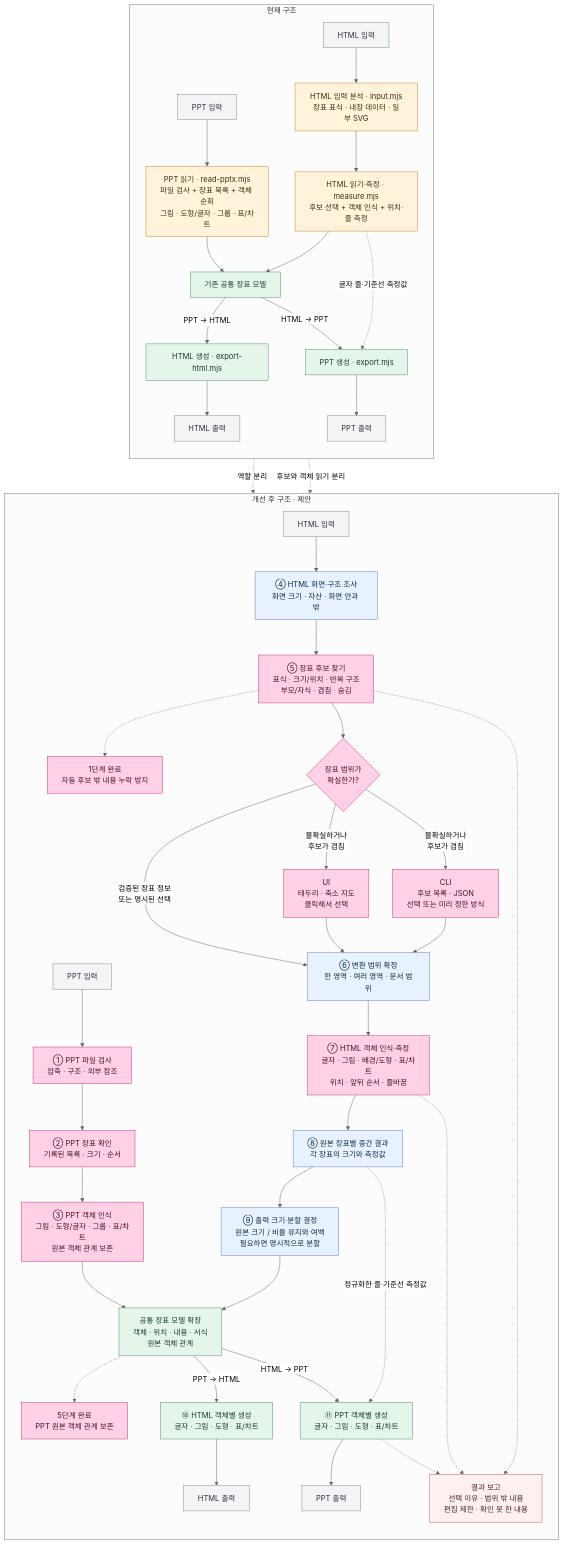
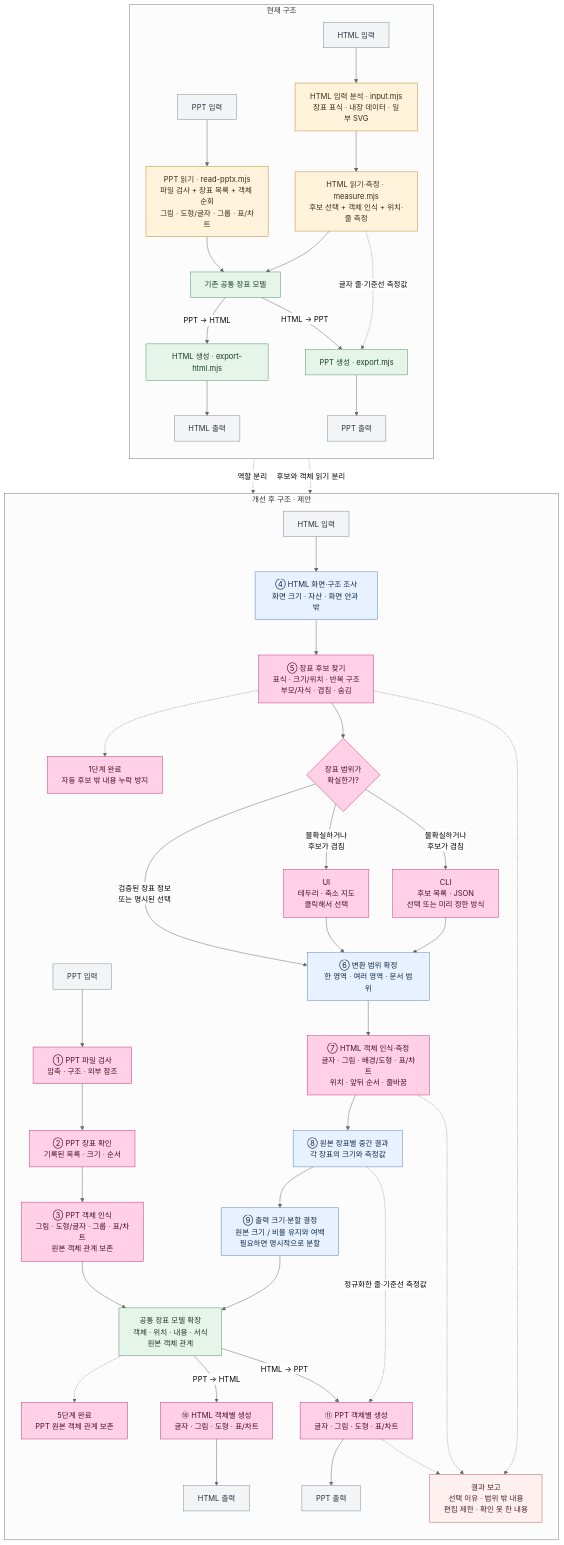
One commit to Kyuhan1230/ppt-again changed the diagram in docs/architecture/refactor-progress.md. Above: the diagram before and after it, drawn with Mermaid (neutral theme). The commit also changed other lines of this file and 9 other files, not shown here.

````diff
--- a/docs/architecture/refactor-progress.md
+++ b/docs/architecture/refactor-progress.md
@@ -5,62 +5,62 @@
 ```mermaid
 flowchart TB
   subgraph CURRENT["현재 구조"]
     direction TB
     CP["PPT 입력"] --> CPR["PPT 읽기 · read-pptx.mjs<br/>파일 검사 + 장표 목록 + 객체 순회<br/>그림 · 도형/글자 · 그룹 · 표/차트"]
     CH["HTML 입력"] --> CHI["HTML 입력 분석 · input.mjs<br/>장표 표식 · 내장 데이터 · 일부 SVG"]
     CHI --> CHM["HTML 읽기·측정 · measure.mjs<br/>후보 선택 + 객체 인식 + 위치·줄 측정"]
     CPR --> CM["기존 공통 장표 모델"]
     CHM --> CM
     CM -->|"PPT → HTML"| CHW["HTML 생성 · export-html.mjs"]
     CHW --> CHO["HTML 출력"]
     CM -->|"HTML → PPT"| CPW["PPT 생성 · export.mjs"]
     CHM -.->|"글자 줄·기준선 측정값"| CPW
     CPW --> CPO["PPT 출력"]
   end
 
   subgraph PROPOSED["개선 후 구조 · 제안"]
     direction TB
     NP["PPT 입력"] --> NPC["① PPT 파일 검사<br/>압축 · 구조 · 외부 참조"]
     NPC --> NPS["② PPT 장표 확인<br/>기록된 목록 · 크기 · 순서"]
     NPS --> NPO["③ PPT 객체 인식<br/>그림 · 도형/글자 · 그룹 · 표/차트<br/>원본 객체 관계 보존"]
     NH["HTML 입력"] --> NHR["④ HTML 화면·구조 조사<br/>화면 크기 · 자산 · 화면 안과 밖"]
     NHR --> NHC["⑤ 장표 후보 찾기<br/>표식 · 크기/위치 · 반복 구조<br/>부모/자식 · 겹침 · 숨김"]
     NHC -.-> ST1["1단계 완료<br/>자동 후보 밖 내용 누락 방지"]
     NHC --> ND{"장표 범위가<br/>확실한가?"}
     ND -->|"검증된 장표 정보<br/>또는 명시된 선택"| NS["⑥ 변환 범위 확정<br/>한 영역 · 여러 영역 · 문서 범위"]
     ND -->|"불확실하거나<br/>후보가 겹침"| NUI["UI<br/>테두리 · 축소 지도<br/>클릭해서 선택"]
     ND -->|"불확실하거나<br/>후보가 겹침"| NCLI["CLI<br/>후보 목록 · JSON<br/>선택 또는 미리 정한 방식"]
     NUI --> NS
     NCLI --> NS
     NS --> NHO["⑦ HTML 객체 인식·측정<br/>글자 · 그림 · 배경/도형 · 표/차트<br/>위치 · 앞뒤 순서 · 줄바꿈"]
     NHO --> NI["⑧ 원본 장표별 중간 결과<br/>각 장표의 크기와 측정값"]
     NI --> NFIT["⑨ 출력 크기·분할 결정<br/>원본 크기 / 비율 유지와 여백<br/>필요하면 명시적으로 분할"]
     NFIT --> NM["공통 장표 모델 확장<br/>객체 · 위치 · 내용 · 서식<br/>원본 객체 관계"]
     NPO --> NM
     NM -.-> ST5["5단계 완료<br/>PPT 원본 객체 관계 보존"]
     NM -->|"PPT → HTML"| NHW["⑩ HTML 객체별 생성<br/>글자 · 그림 · 도형 · 표/차트"]
     NHW --> NHOOUT["HTML 출력"]
     NM -->|"HTML → PPT"| NPW["⑪ PPT 객체별 생성<br/>글자 · 그림 · 도형 · 표/차트"]
     NI -.->|"정규화한 줄·기준선 측정값"| NPW
     NPW --> NPOUT["PPT 출력"]
     NHC -.-> REPORT["결과 보고<br/>선택 이유 · 범위 밖 내용<br/>편집 제한 · 확인 못 한 내용"]
     NHO -.-> REPORT
     NPW -.-> REPORT
   end
 
   CPR -.->|"역할 분리"| NPC
   CHM -.->|"후보와 객체 읽기 분리"| NHR
   classDef input fill:#f3f4f6,stroke:#7d8790,color:#283142
   classDef current fill:#fff3db,stroke:#c18124,color:#3f2b12
   classDef proposed fill:#e8f1ff,stroke:#557fb3,color:#102a48
   classDef common fill:#e6f5e9,stroke:#4e8b66,color:#183c27
   classDef choice fill:#f4edff,stroke:#8767ad,color:#36254b
   classDef report fill:#fff0f0,stroke:#b35b5b,color:#4a2020
   classDef done fill:#ffd0e6,stroke:#c42e78,color:#46102b
   class CP,CH,CHO,CPO,NP,NH,NHOOUT,NPOUT input
   class CPR,CHI,CHM current
   class NHR,NS,NI,NFIT proposed
-  class CM,CHW,CPW,NM,NHW,NPW common
+  class CM,CHW,CPW,NM common
   class REPORT report
-  class ST1,ST5,NHC,ND,NUI,NCLI,NHO,NPC,NPS,NPO done
+  class ST1,ST5,NHC,ND,NUI,NCLI,NHO,NPC,NPS,NPO,NHW,NPW done
 ```
````
